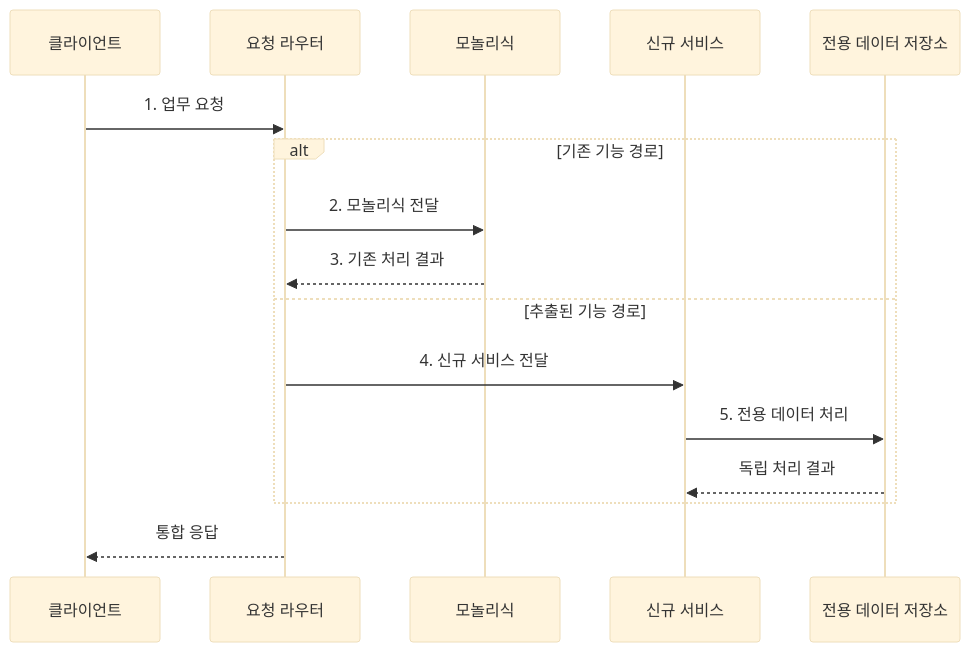
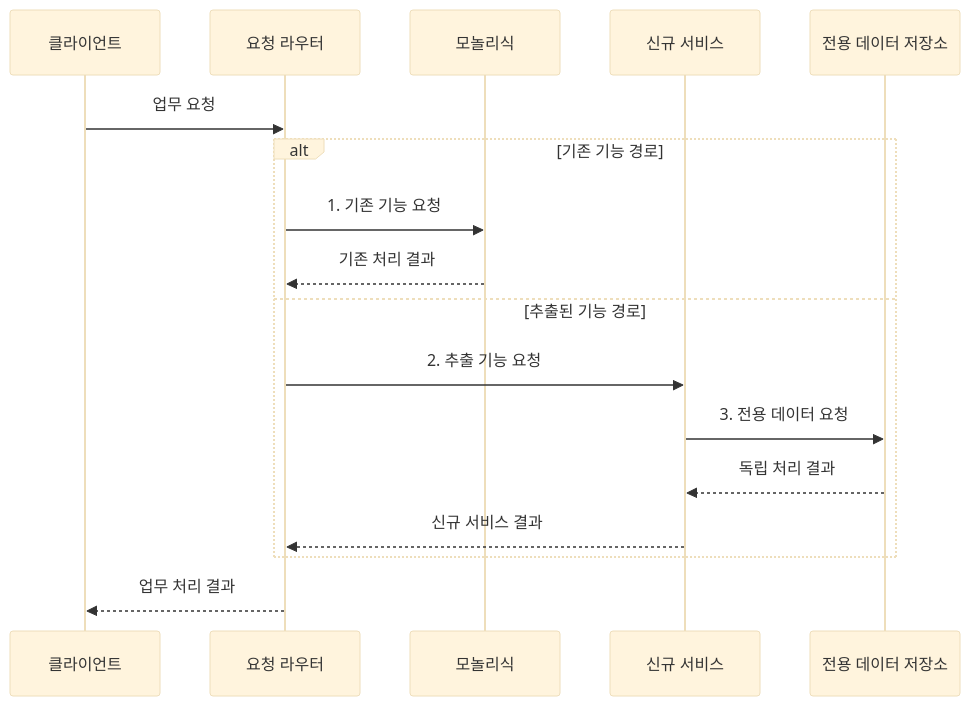
Before and after one commit to agnusdei1207/knowledge-base: the second of 2 diagrams in src/content/docs/notes/03-software/051_monolith_vs_microservice.md, drawn with Mermaid (base theme). The commit also changed other lines of this file and 20 other files, not shown here.

````diff
--- a/src/content/docs/notes/03-software/051_monolith_vs_microservice.md
+++ b/src/content/docs/notes/03-software/051_monolith_vs_microservice.md
@@ -88,18 +86,19 @@
 ```mermaid
 sequenceDiagram
     participant C as 클라이언트
     participant R as 요청 라우터
     participant M as 모놀리식
     participant S as 신규 서비스
     participant D as 전용 데이터 저장소
-    C->>R: 1. 업무 요청
+    C->>R: 업무 요청
     alt 기존 기능 경로
-        R->>M: 2. 모놀리식 전달
-        M-->>R: 3. 기존 처리 결과
+        R->>M: 1. 기존 기능 요청
+        M-->>R: 기존 처리 결과
     else 추출된 기능 경로
-        R->>S: 4. 신규 서비스 전달
-        S->>D: 5. 전용 데이터 처리
+        R->>S: 2. 추출 기능 요청
+        S->>D: 3. 전용 데이터 요청
         D-->>S: 독립 처리 결과
+        S-->>R: 신규 서비스 결과
     end
-    R-->>C: 통합 응답
+    R-->>C: 업무 처리 결과
 ```
````
